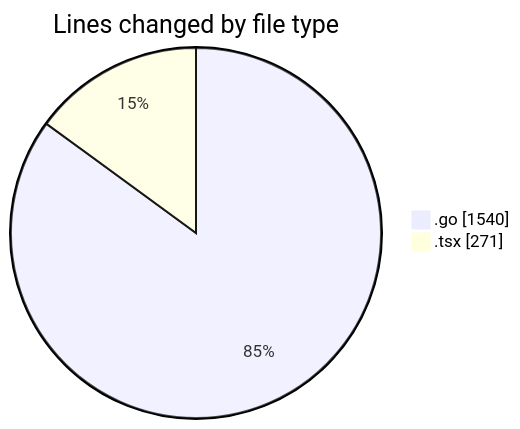
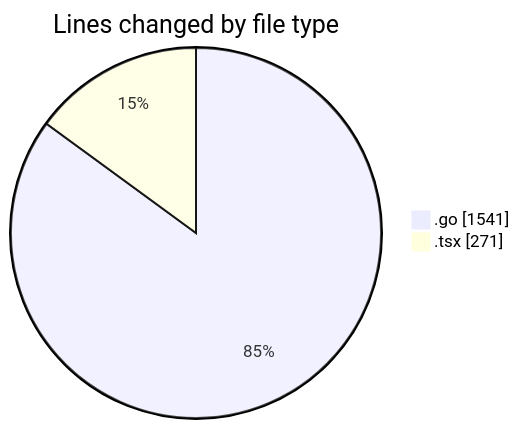
Before and after one commit to robertbonfada/code-tracking: the first of 2 diagrams in 2025-03-10/termonied_testador/README.md, drawn with Mermaid. The commit also changed other lines of this file and 1 other file, not shown here.

````diff
--- a/2025-03-10/termonied_testador/README.md
+++ b/2025-03-10/termonied_testador/README.md
@@ -26,6 +26,6 @@
 ```mermaid
 pie showData
 title Lines changed by file type
-".go" : 1540
+".go" : 1541
 ".tsx" : 271
 ```
````
